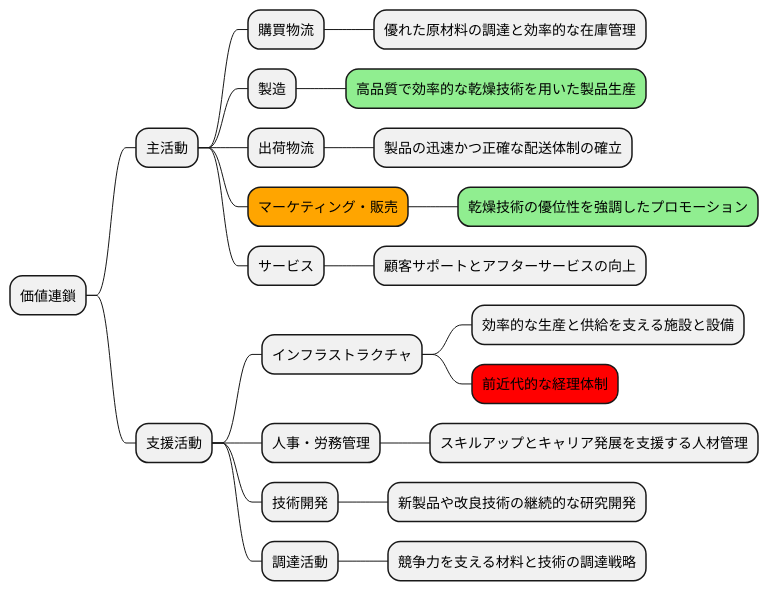
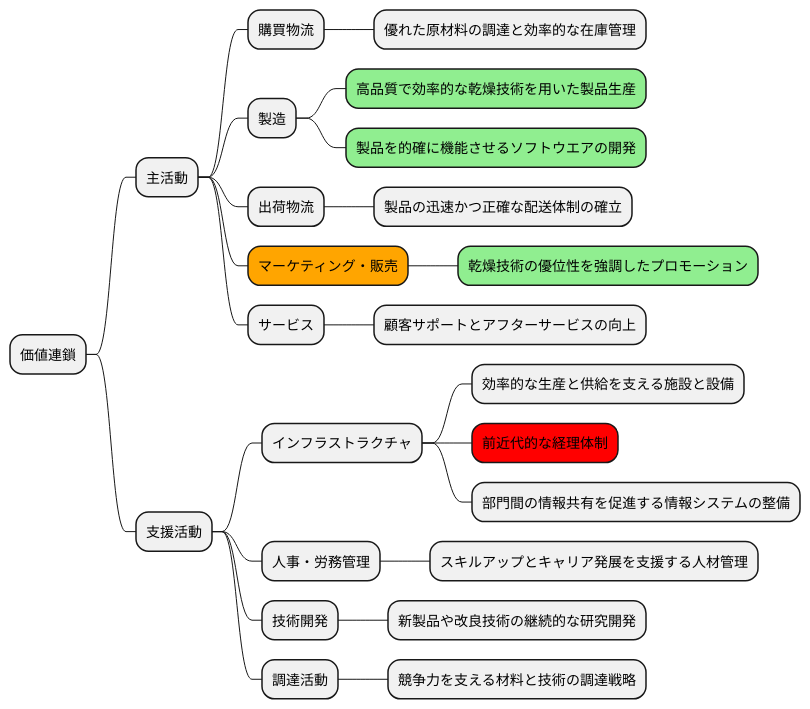
The tenth of 19 diagrams in docs/case/r01_case_1.adoc (k2works/case-sutudy-business-analysis), drawn with PlantUML before and after one commit. The commit also changed other lines of this file, not shown here.

```diff
--- a/docs/case/r01_case_1.adoc
+++ b/docs/case/r01_case_1.adoc
@@ -322,29 +322,31 @@
 [plantuml]
 ----
 @startmindmap
 
 * 価値連鎖
 ** 主活動
 *** 購買物流
 **** 優れた原材料の調達と効率的な在庫管理
 *** 製造
 ****[#lightgreen] 高品質で効率的な乾燥技術を用いた製品生産
+****[#lightgreen] 製品を的確に機能させるソフトウエアの開発
 *** 出荷物流
 **** 製品の迅速かつ正確な配送体制の確立
 ***[#orange] マーケティング・販売
 ****[#lightgreen] 乾燥技術の優位性を強調したプロモーション
 *** サービス
 **** 顧客サポートとアフターサービスの向上
 ** 支援活動
 *** インフラストラクチャ
 **** 効率的な生産と供給を支える施設と設備
 ****[#red] 前近代的な経理体制
+**** 部門間の情報共有を促進する情報システムの整備
 *** 人事・労務管理
 **** スキルアップとキャリア発展を支援する人材管理
 *** 技術開発
 **** 新製品や改良技術の継続的な研究開発
 *** 調達活動
 **** 競争力を支える材料と技術の調達戦略
 
 @endmindmap
 ----
```
